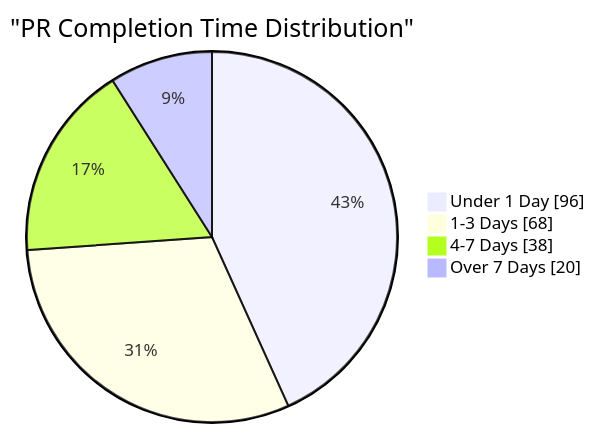
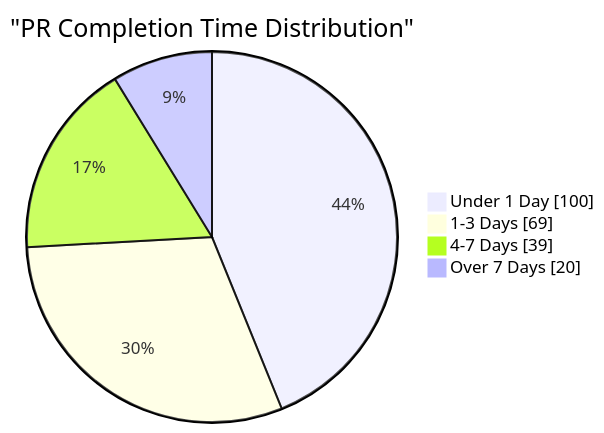
One commit to microsoft/edge-ai changed the fourth of 11 diagrams in docs/contributions.md. Above: the diagram before and after it, drawn with Mermaid. The commit also changed other lines of this file and 6 other files, not shown here.

````diff
--- a/docs/contributions.md
+++ b/docs/contributions.md
@@ -67,9 +67,9 @@
 ``` mermaid
 
 pie showData
     title "PR Completion Time Distribution"
-    "Under 1 Day" : 96
-    "1-3 Days" : 68
-    "4-7 Days" : 38
+    "Under 1 Day" : 100
+    "1-3 Days" : 69
+    "4-7 Days" : 39
     "Over 7 Days" : 20
 ```
````
